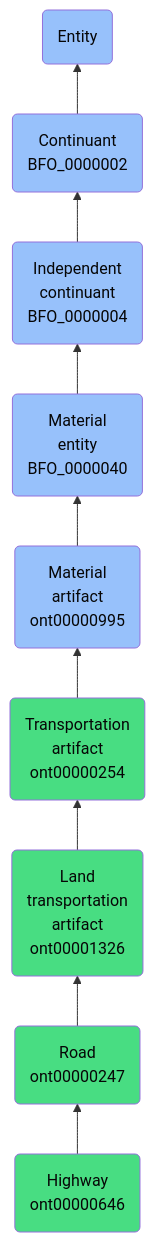
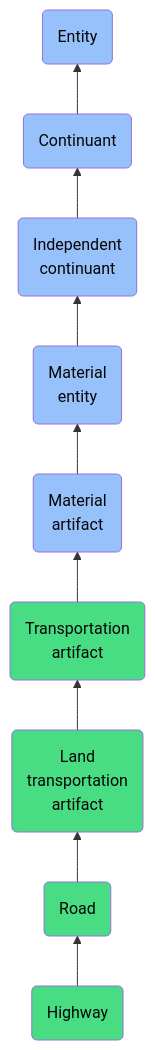
The diagram in docs/ontology/reference/model/Entity/Continuant/Independent continuant/Material entity/Material artifact/Transportation artifact/Land transportation artifact/Road/Highway/Highway.md (jupyter-naas/abi), drawn with Mermaid before and after one commit. The commit also changed other lines of this file and 1430 other files, not shown here.

````diff
--- a/docs/ontology/reference/model/Entity/Continuant/Independent continuant/Material entity/Material artifact/Transportation artifact/Land transportation artifact/Road/Highway/Highway.md
+++ b/docs/ontology/reference/model/Entity/Continuant/Independent continuant/Material entity/Material artifact/Transportation artifact/Land transportation artifact/Road/Highway/Highway.md
@@ -24,16 +24,16 @@
 ```mermaid
 graph BT
-    ont00000646(Highway<br>ont00000646):::ABI-->ont00000247
-    ont00000247(Road<br>ont00000247):::ABI-->ont00001326
-    ont00001326(Land<br>transportation<br>artifact<br>ont00001326):::ABI-->ont00000254
-    ont00000254(Transportation<br>artifact<br>ont00000254):::ABI-->ont00000995
-    ont00000995(Material<br>artifact<br>ont00000995):::BFO-->BFO_0000040
-    BFO_0000040(Material<br>entity<br>BFO_0000040):::BFO-->BFO_0000004
-    BFO_0000004(Independent<br>continuant<br>BFO_0000004):::BFO-->BFO_0000002
-    BFO_0000002(Continuant<br>BFO_0000002):::BFO-->BFO_0000001
+    ont00000646(Highway):::ABI-->ont00000247
+    ont00000247(Road):::ABI-->ont00001326
+    ont00001326(Land<br>transportation<br>artifact):::ABI-->ont00000254
+    ont00000254(Transportation<br>artifact):::ABI-->ont00000995
+    ont00000995(Material<br>artifact):::BFO-->BFO_0000040
+    BFO_0000040(Material<br>entity):::BFO-->BFO_0000004
+    BFO_0000004(Independent<br>continuant):::BFO-->BFO_0000002
+    BFO_0000002(Continuant):::BFO-->BFO_0000001
     BFO_0000001(Entity):::BFO
     
     classDef BFO fill:#97c1fb,color:#060606
     classDef CCO fill:#e4c51e,color:#060606
     classDef ABI fill:#48DD82,color:#060606
 ```
````
